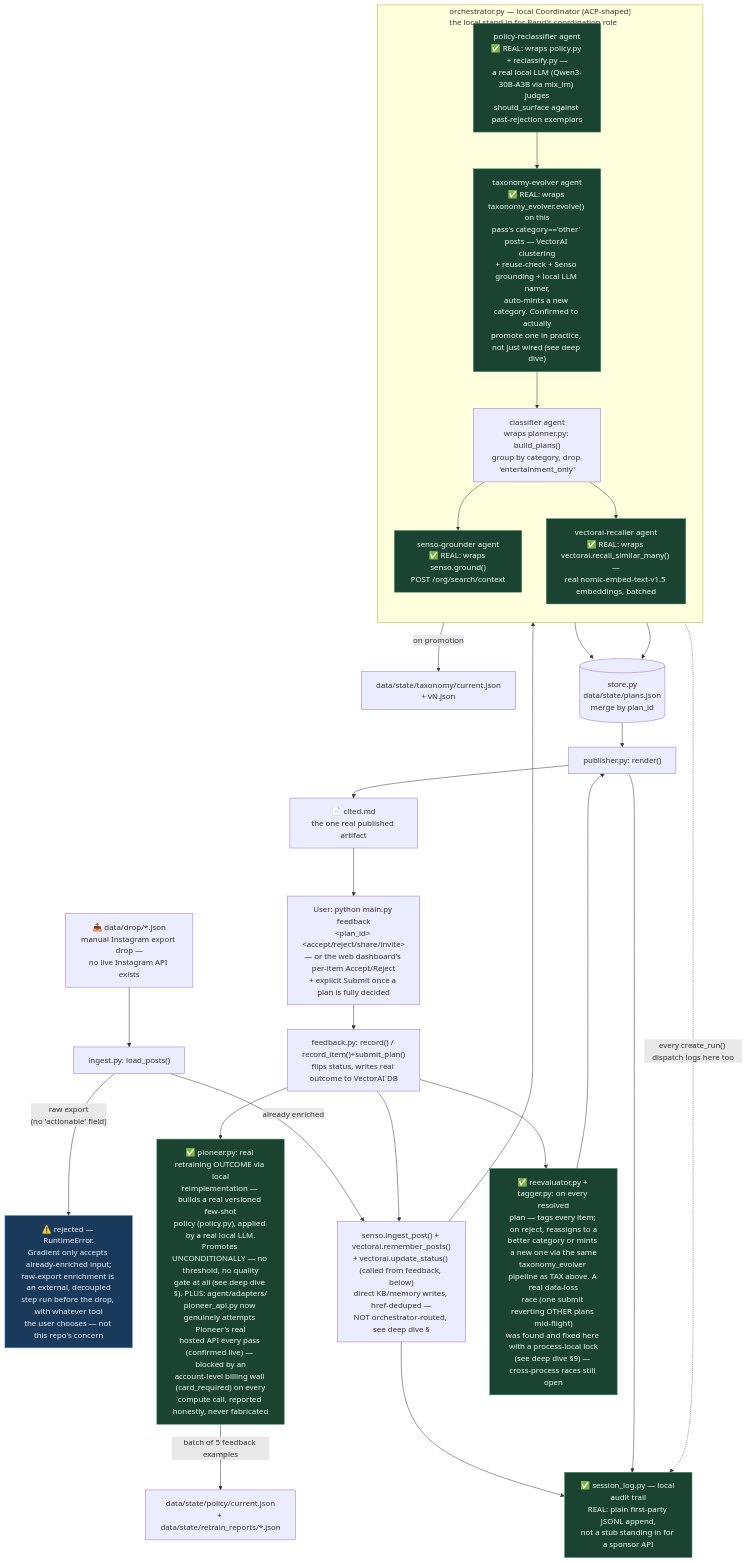
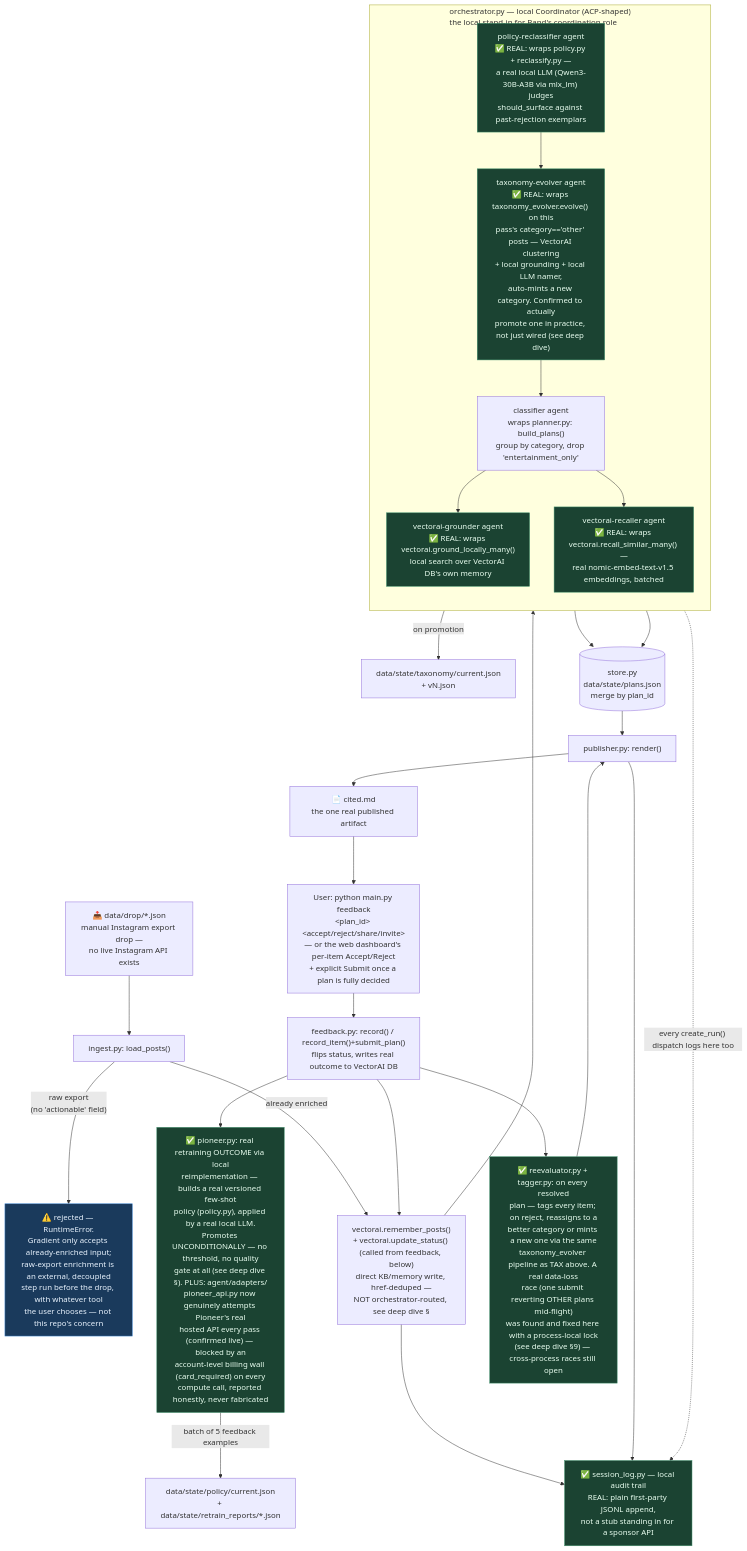
The diagram in RUNBOOK.md (Sparky-code/gradient), drawn with Mermaid before and after one commit. The commit also changed other lines of this file and 3 other files, not shown here.

````diff
--- a/RUNBOOK.md
+++ b/RUNBOOK.md
@@ -68,53 +72,53 @@
 ```mermaid
 flowchart TD
     A["📥 data/drop/*.json<br/>manual Instagram export drop —<br/>no live Instagram API exists"]
 
     A --> B["ingest.py: load_posts()"]
     B -->|"raw export<br/>(no 'actionable' field)"| B1
     B1["⚠️ rejected — RuntimeError.<br/>Gradient only accepts already-enriched input;<br/>raw-export enrichment is an external, decoupled<br/>step run before the drop, with whatever tool<br/>the user chooses — not this repo's concern"]
     B -->|"already enriched"| SI
 
-    SI["senso.ingest_post() + vectorai.remember_posts()<br/>+ vectorai.update_status() (called from feedback, below)<br/>direct KB/memory writes, href-deduped —<br/>NOT orchestrator-routed, see deep dive §"]
+    SI["vectorai.remember_posts()<br/>+ vectorai.update_status() (called from feedback, below)<br/>direct KB/memory write, href-deduped —<br/>NOT orchestrator-routed, see deep dive §"]
     SI --> SESSIONLOG
 
     SI --> POL
 
     subgraph ORCH["orchestrator.py — local Coordinator (ACP-shaped)<br/>the local stand-in for Band's coordination role"]
         direction TB
         POL["policy-reclassifier agent<br/>✅ REAL: wraps policy.py + reclassify.py —<br/>a real local LLM (Qwen3-30B-A3B via mlx_lm) judges<br/>should_surface against past-rejection exemplars"]
-        TAX["taxonomy-evolver agent<br/>✅ REAL: wraps taxonomy_evolver.evolve() on this<br/>pass's category=='other' posts — VectorAI clustering<br/>+ reuse-check + Senso grounding + local LLM namer,<br/>auto-mints a new category. Confirmed to actually<br/>promote one in practice, not just wired (see deep dive)"]
+        TAX["taxonomy-evolver agent<br/>✅ REAL: wraps taxonomy_evolver.evolve() on this<br/>pass's category=='other' posts — VectorAI clustering<br/>+ local grounding + local LLM namer,<br/>auto-mints a new category. Confirmed to actually<br/>promote one in practice, not just wired (see deep dive)"]
         CLS["classifier agent<br/>wraps planner.py: build_plans()<br/>group by category, drop 'entertainment_only'"]
-        GND["senso-grounder agent<br/>✅ REAL: wraps senso.ground()<br/>POST /org/search/context"]
+        GND["vectorai-grounder agent<br/>✅ REAL: wraps vectorai.ground_locally_many()<br/>local search over VectorAI DB's own memory"]
         REC["vectorai-recaller agent<br/>✅ REAL: wraps vectorai.recall_similar_many() —<br/>real nomic-embed-text-v1.5 embeddings, batched"]
         POL --> TAX
         TAX --> CLS
         CLS --> GND
         CLS --> REC
     end
 
     ORCH -.->|"every create_run() dispatch logs here too"| SESSIONLOG
     TAX -->|"on promotion"| K2["data/state/taxonomy/current.json<br/>+ vN.json"]
     GND --> D[("store.py<br/>data/state/plans.json<br/>merge by plan_id")]
     REC --> D
 
     D --> F["publisher.py: render()"]
     F --> G["📄 cited.md<br/>the one real published artifact"]
 
     F --> SESSIONLOG
     SESSIONLOG["✅ session_log.py — local audit trail<br/>REAL: plain first-party JSONL append,<br/>not a stub standing in for a sponsor API"]
 
     G --> H["User: python main.py feedback<br/>&lt;plan_id&gt; &lt;accept/reject/share/invite&gt;<br/>— or the web dashboard's per-item Accept/Reject<br/>+ explicit Submit once a plan is fully decided"]
     H --> I["feedback.py: record() / record_item()+submit_plan()<br/>flips status, writes real outcome to VectorAI DB"]
     I --> J
     J["✅ pioneer.py: real retraining OUTCOME via local<br/>reimplementation — builds a real versioned few-shot<br/>policy (policy.py), applied by a real local LLM.<br/>Promotes UNCONDITIONALLY — no threshold, no quality<br/>gate at all (see deep dive §). PLUS: agent/adapters/<br/>pioneer_api.py now genuinely attempts Pioneer's real<br/>hosted API every pass (confirmed live) — blocked by an<br/>account-level billing wall (card_required) on every<br/>compute call, reported honestly, never fabricated"]
     J -->|"batch of 5 feedback examples"| K["data/state/policy/current.json<br/>+ data/state/retrain_reports/*.json"]
     I --> REEV
     REEV["✅ reevaluator.py + tagger.py: on every resolved<br/>plan — tags every item; on reject, reassigns to a<br/>better category or mints a new one via the same<br/>taxonomy_evolver pipeline as TAX above. A real data-loss<br/>race (one submit reverting OTHER plans mid-flight)<br/>was found and fixed here with a process-local lock<br/>(see deep dive §9) — cross-process races still open"]
     REEV --> F
     I --> SI
 
     classDef real fill:#1b4332,stroke:#40916c,color:#eafff1
     classDef fragile fill:#1a3a5c,stroke:#4a90d9,color:#eaf4ff
     class POL,TAX,GND,REC,J,REEV,SESSIONLOG real
     class B1 fragile
 ```
````
